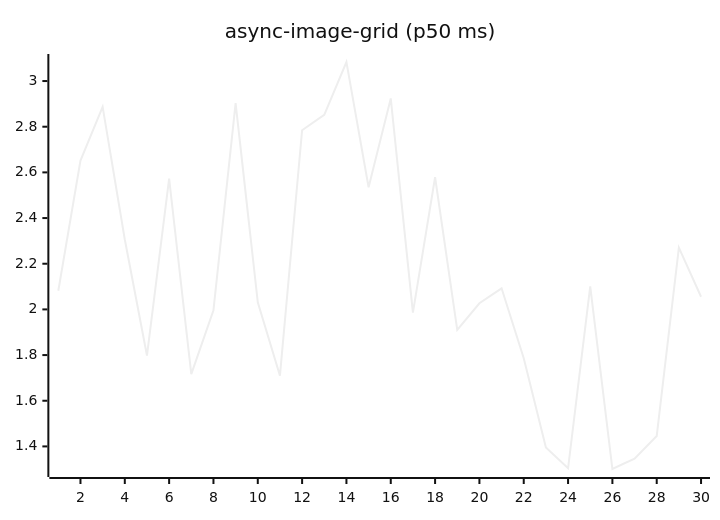
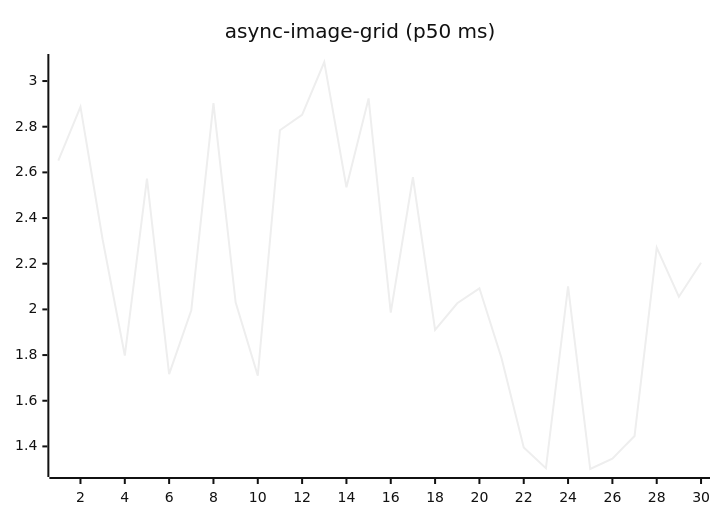
One commit to josha/Facet changed the fifth of 27 diagrams in README.md. Above: the diagram before and after it, drawn with Mermaid (neutral theme). The commit also changed other lines of this file and 2 other files, not shown here.

````diff
--- a/README.md
+++ b/README.md
@@ -91,6 +91,6 @@
 ```mermaid
 xychart-beta
     title "async-image-grid (p50 ms)"
     x-axis 1 --> 30
-    line [2.0815, 2.6515, 2.8871, 2.3060, 1.7979, 2.5726, 1.7163, 1.9964, 2.9032, 2.0307, 1.7099, 2.7848, 2.8523, 3.0834, 2.5349, 2.9237, 1.9862, 2.5787, 1.9102, 2.0270, 2.0924, 1.7862, 1.3954, 1.3043, 2.1007, 1.3011, 1.3467, 1.4457, 2.2705, 2.0555]
+    line [2.6515, 2.8871, 2.3060, 1.7979, 2.5726, 1.7163, 1.9964, 2.9032, 2.0307, 1.7099, 2.7848, 2.8523, 3.0834, 2.5349, 2.9237, 1.9862, 2.5787, 1.9102, 2.0270, 2.0924, 1.7862, 1.3954, 1.3043, 2.1007, 1.3011, 1.3467, 1.4457, 2.2705, 2.0555, 2.2044]
 ```
````
